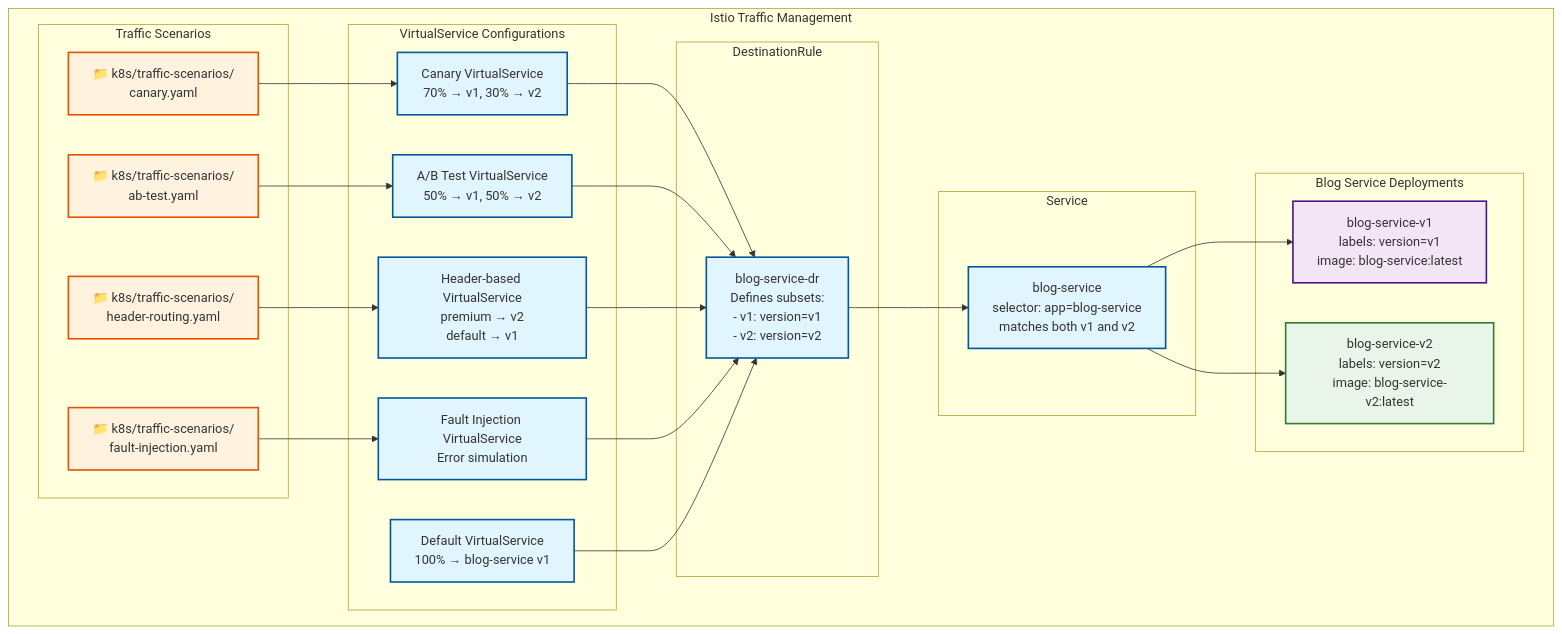
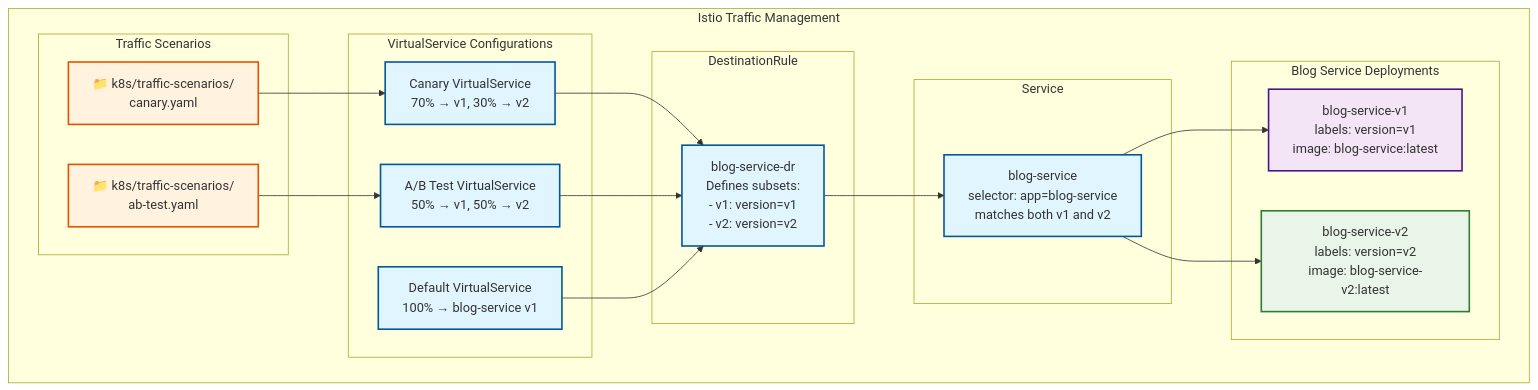
One commit to vvt911/blog-microservices changed the ninth of 13 diagrams in docs/architecture-diagrams.md. Above: the diagram before and after it, drawn with Mermaid. The commit also changed other lines of this file, not shown here.

````diff
--- a/docs/architecture-diagrams.md
+++ b/docs/architecture-diagrams.md
@@ -375,60 +333,52 @@
 ```mermaid
 graph TB
     subgraph "Istio Traffic Management"
         subgraph "VirtualService Configurations"
             DefaultVS[Default VirtualService<br/>100% → blog-service v1]
             CanaryVS[Canary VirtualService<br/>70% → v1, 30% → v2]
             ABTestVS[A/B Test VirtualService<br/>50% → v1, 50% → v2]
-            HeaderVS[Header-based VirtualService<br/>premium → v2<br/>default → v1]
-            FaultVS[Fault Injection VirtualService<br/>Error simulation]
         end
         
         subgraph "DestinationRule"
             DR[blog-service-dr<br/>Defines subsets:<br/>- v1: version=v1<br/>- v2: version=v2]
         end
         
         subgraph "Traffic Scenarios"
             Scenario1[📁 k8s/traffic-scenarios/<br/>canary.yaml]
             Scenario2[📁 k8s/traffic-scenarios/<br/>ab-test.yaml]
-            Scenario3[📁 k8s/traffic-scenarios/<br/>header-routing.yaml]
-            Scenario4[📁 k8s/traffic-scenarios/<br/>fault-injection.yaml]
         end
         
         subgraph "Blog Service Deployments"
             BlogV1Deploy[blog-service-v1<br/>labels: version=v1<br/>image: blog-service:latest]
             BlogV2Deploy[blog-service-v2<br/>labels: version=v2<br/>image: blog-service-v2:latest]
         end
         
         subgraph "Service"
             BlogSvc[blog-service<br/>selector: app=blog-service<br/>matches both v1 and v2]
         end
     end
     
     %% Configuration Flow
     Scenario1 --> CanaryVS
     Scenario2 --> ABTestVS
-    Scenario3 --> HeaderVS
-    Scenario4 --> FaultVS
     
     %% Traffic Flow
     CanaryVS --> DR
     ABTestVS --> DR
-    HeaderVS --> DR
-    FaultVS --> DR
     DefaultVS --> DR
     
     DR --> BlogSvc
     BlogSvc --> BlogV1Deploy
     BlogSvc --> BlogV2Deploy
     
     %% Styling
     classDef config fill:#e1f5fe,stroke:#01579b,stroke-width:2px
     classDef v1 fill:#f3e5f5,stroke:#4a148c,stroke-width:2px
     classDef v2 fill:#e8f5e8,stroke:#2e7d32,stroke-width:2px
     classDef scenarios fill:#fff3e0,stroke:#e65100,stroke-width:2px
     
-    class DefaultVS,CanaryVS,ABTestVS,HeaderVS,FaultVS,DR,BlogSvc config
+    class DefaultVS,CanaryVS,ABTestVS,DR,BlogSvc config
     class BlogV1Deploy v1
     class BlogV2Deploy v2
-    class Scenario1,Scenario2,Scenario3,Scenario4 scenarios
+    class Scenario1,Scenario2 scenarios
 ```
````
